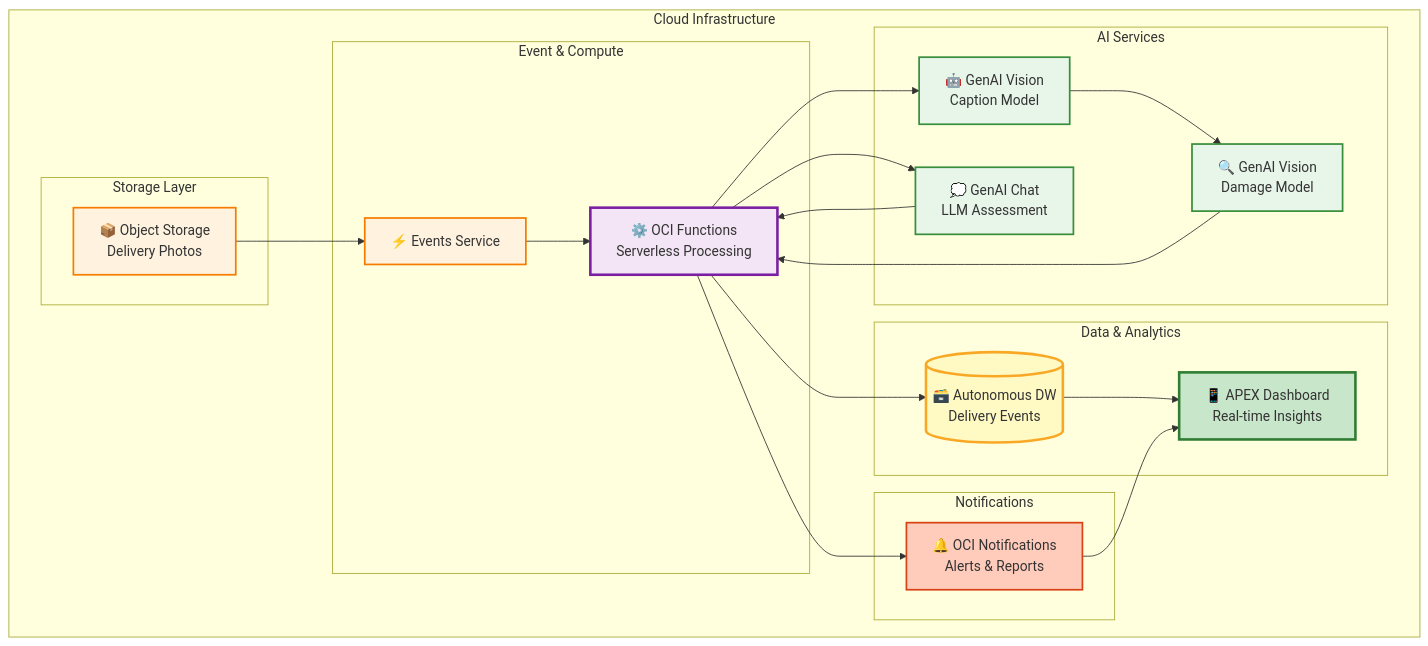
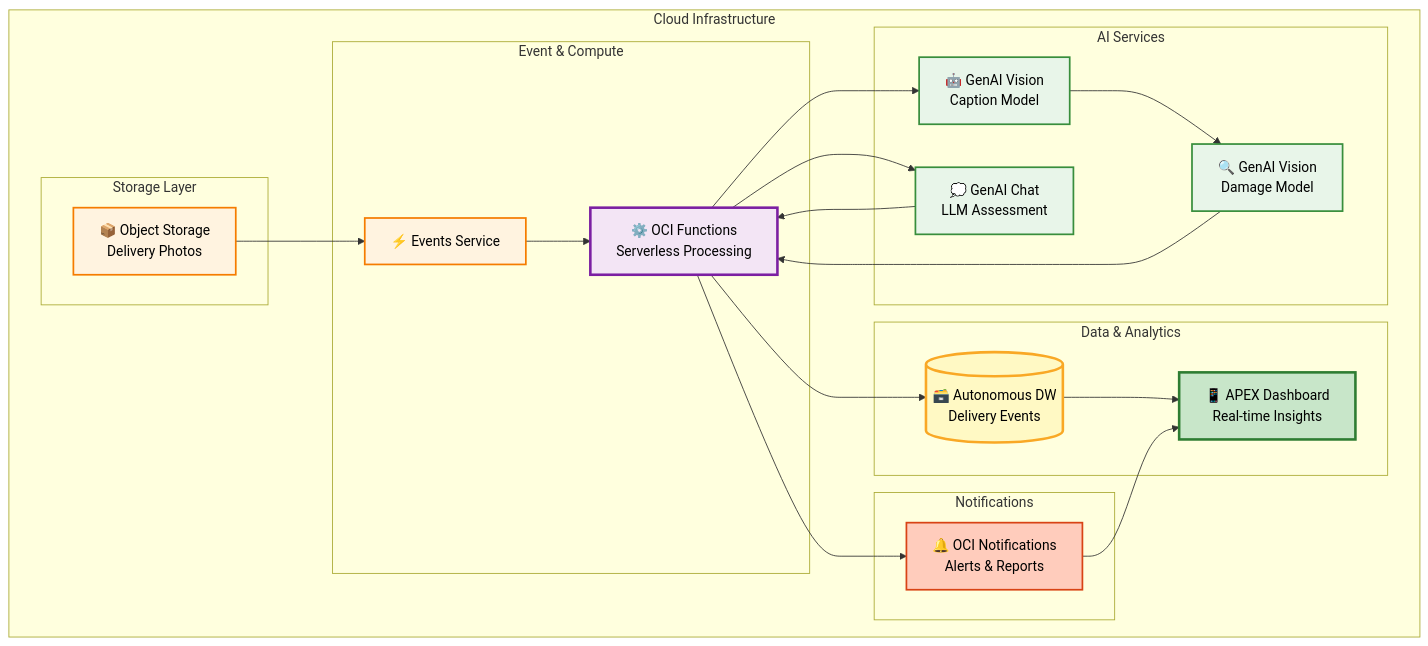
Before and after one commit to blakeramos/Delivery-Intelligence-main: the fifth of 5 diagrams in EVENT-FLOW-DIAGRAM-MVP.md, drawn with Mermaid. The commit also changed other lines of this file, not shown here.

Commit message:
Refactor styles in Event Flow Diagram for improved readability and consistency

````diff
--- a/EVENT-FLOW-DIAGRAM-MVP.md
+++ b/EVENT-FLOW-DIAGRAM-MVP.md
@@ -354,50 +354,50 @@
 ```mermaid
 graph TB
     subgraph "Cloud Infrastructure"
         subgraph "Storage Layer"
             OS[📦 Object Storage<br/>Delivery Photos]
         end
         
         subgraph "Event & Compute"
             EV[⚡ Events Service]
             FN[⚙️ OCI Functions<br/>Serverless Processing]
         end
         
         subgraph "AI Services"
             AI1[🤖 GenAI Vision<br/>Caption Model]
             AI2[🔍 GenAI Vision<br/>Damage Model]
             AI3[💭 GenAI Chat<br/>LLM Assessment]
         end
         
         subgraph "Data & Analytics"
             DB[(🗃️ Autonomous DW<br/>Delivery Events)]
             APEX[📱 APEX Dashboard<br/>Real-time Insights]
         end
         
         subgraph "Notifications"
             NOTIF[🔔 OCI Notifications<br/>Alerts & Reports]
         end
     end
     
     OS --> EV
     EV --> FN
     FN --> AI1
     AI1 --> AI2
     AI2 --> FN
     FN --> AI3
     AI3 --> FN
     FN --> DB
     DB --> APEX
     FN --> NOTIF
     NOTIF --> APEX
     
-    style OS fill:#fff3e0,stroke:#f57c00,stroke-width:2px
-    style EV fill:#fff3e0,stroke:#f57c00,stroke-width:2px
-    style FN fill:#f3e5f5,stroke:#7b1fa2,stroke-width:3px
-    style AI1 fill:#e8f5e9,stroke:#388e3c,stroke-width:2px
-    style AI2 fill:#e8f5e9,stroke:#388e3c,stroke-width:2px
-    style AI3 fill:#e8f5e9,stroke:#388e3c,stroke-width:2px
-    style DB fill:#fff9c4,stroke:#f9a825,stroke-width:3px
-    style APEX fill:#c8e6c9,stroke:#2e7d32,stroke-width:3px
-    style NOTIF fill:#ffccbc,stroke:#d84315,stroke-width:2px
+    style OS fill:#fff3e0,stroke:#f57c00,stroke-width:2px,color:#000
+    style EV fill:#fff3e0,stroke:#f57c00,stroke-width:2px,color:#000
+    style FN fill:#f3e5f5,stroke:#7b1fa2,stroke-width:3px,color:#000
+    style AI1 fill:#e8f5e9,stroke:#388e3c,stroke-width:2px,color:#000
+    style AI2 fill:#e8f5e9,stroke:#388e3c,stroke-width:2px,color:#000
+    style AI3 fill:#e8f5e9,stroke:#388e3c,stroke-width:2px,color:#000
+    style DB fill:#fff9c4,stroke:#f9a825,stroke-width:3px,color:#000
+    style APEX fill:#c8e6c9,stroke:#2e7d32,stroke-width:3px,color:#000
+    style NOTIF fill:#ffccbc,stroke:#d84315,stroke-width:2px,color:#000
 ```
````
